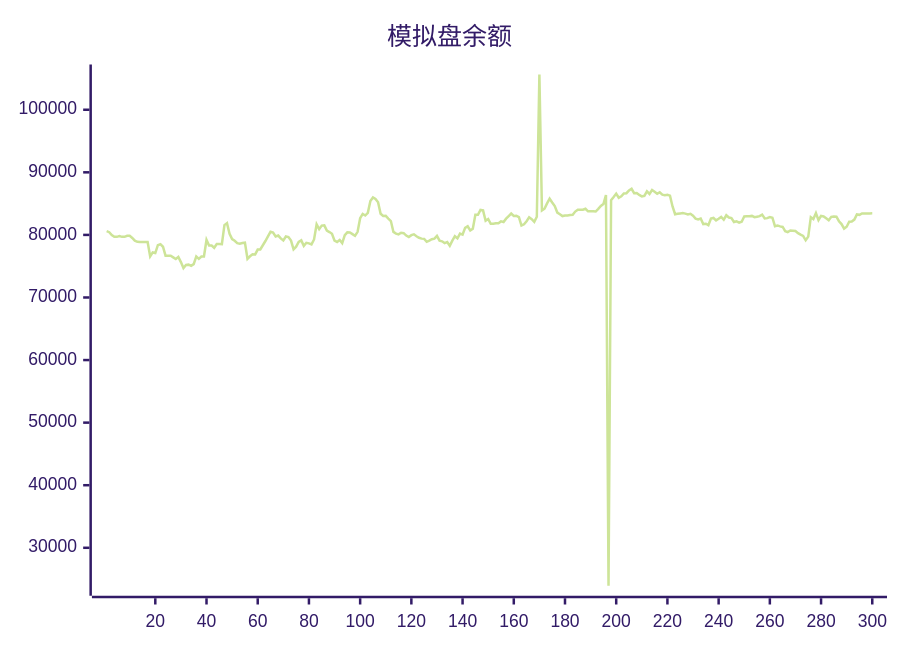
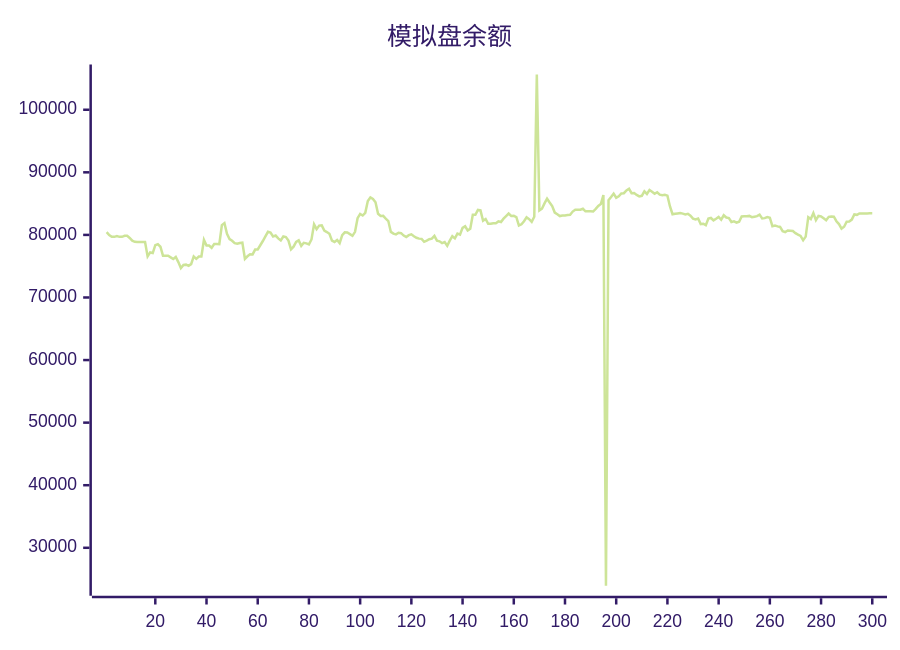
The diagram in README.md (aahl/ai-trading), drawn with Mermaid (forest theme) before and after one commit. The commit also changed other lines of this file and 1 other file, not shown here.

````diff
--- a/README.md
+++ b/README.md
@@ -5,5 +5,5 @@
 ```mermaid
 xychart
     title "模拟盘余额"
-    line [80600,80436,79966,79689,79689,79819,79692,79692,79850,79850,79518,79071,78889,78850,78850,78878,78878,76554,77202,77103,78357,78510,78106,76678,76677,76672,76411,76159,76485,75656,74695,75197,75246,75052,75334,76564,76179,76553,76551,79196,78300,78300,77944,78531,78531,78521,81564,81884,80160,79335,79055,78675,78580,78708,78764,76179,76586,76902,76876,77658,77669,78346,79023,79769,80497,80366,79761,79896,79448,79126,79749,79658,79097,77695,78114,78888,79126,78249,78738,78653,78478,79271,81680,80923,81488,81527,80681,80455,80190,79084,78879,79193,78686,79954,80403,80374,80118,79848,80491,82665,83351,83098,83525,85430,85983,85737,85221,83378,83014,83043,82613,82216,80477,80208,80081,80348,80277,79894,79670,79965,80093,79786,79542,79406,79371,78893,79087,79304,79406,79841,79072,78978,78696,78846,78272,79085,79787,79442,80198,80031,81120,81379,80718,80985,83214,83212,83993,83921,82270,82547,81776,81776,81866,81866,82158,82061,82596,83000,83408,83041,83050,82858,81503,81691,82188,82812,82517,82092,82901,105633,83898,84180,85030,85781,85178,84604,83569,83298,83008,83093,83107,83175,83228,83729,84025,84017,84019,84177,83775,83762,83785,83738,84160,84639,84939,86370,23934,85548,86046,86599,85942,86161,86622,86664,87115,87369,86666,86685,86384,86152,86243,86969,86548,87164,86885,86566,86809,86427,86348,86417,86273,84538,83299,83369,83430,83490,83404,83270,83362,83056,82605,82459,82614,81734,81788,81551,82598,82702,82320,82580,82878,82426,83139,82778,82686,82056,82166,81963,82110,82951,82983,82984,83038,82838,82915,82998,83235,82642,82682,82858,82746,81396,81512,81362,81277,80600,80461,80699,80673,80616,80288,80038,79836,79142,79722,82837,82533,83480,82366,83032,82960,82654,82330,82883,82934,82901,82188,81728,81005,81298,82110,82135,82449,83264,83203,83440,83439,83440,83440,83446]
+    line [80436,79966,79689,79689,79819,79692,79692,79850,79850,79518,79071,78889,78850,78850,78878,78878,76554,77202,77103,78357,78510,78106,76678,76677,76672,76411,76159,76485,75656,74695,75197,75246,75052,75334,76564,76179,76553,76551,79196,78300,78300,77944,78531,78531,78521,81564,81884,80160,79335,79055,78675,78580,78708,78764,76179,76586,76902,76876,77658,77669,78346,79023,79769,80497,80366,79761,79896,79448,79126,79749,79658,79097,77695,78114,78888,79126,78249,78738,78653,78478,79271,81680,80923,81488,81527,80681,80455,80190,79084,78879,79193,78686,79954,80403,80374,80118,79848,80491,82665,83351,83098,83525,85430,85983,85737,85221,83378,83014,83043,82613,82216,80477,80208,80081,80348,80277,79894,79670,79965,80093,79786,79542,79406,79371,78893,79087,79304,79406,79841,79072,78978,78696,78846,78272,79085,79787,79442,80198,80031,81120,81379,80718,80985,83214,83212,83993,83921,82270,82547,81776,81776,81866,81866,82158,82061,82596,83000,83408,83041,83050,82858,81503,81691,82188,82812,82517,82092,82901,105633,83898,84180,85030,85781,85178,84604,83569,83298,83008,83093,83107,83175,83228,83729,84025,84017,84019,84177,83775,83762,83785,83738,84160,84639,84939,86370,23934,85548,86046,86599,85942,86161,86622,86664,87115,87369,86666,86685,86384,86152,86243,86969,86548,87164,86885,86566,86809,86427,86348,86417,86273,84538,83299,83369,83430,83490,83404,83270,83362,83056,82605,82459,82614,81734,81788,81551,82598,82702,82320,82580,82878,82426,83139,82778,82686,82056,82166,81963,82110,82951,82983,82984,83038,82838,82915,82998,83235,82642,82682,82858,82746,81396,81512,81362,81277,80600,80461,80699,80673,80616,80288,80038,79836,79142,79722,82837,82533,83480,82366,83032,82960,82654,82330,82883,82934,82901,82188,81728,81005,81298,82110,82135,82449,83264,83203,83440,83439,83440,83440,83446,83447]
 ```
````
